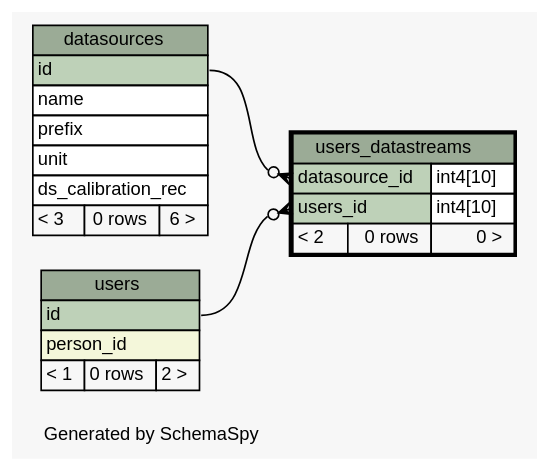
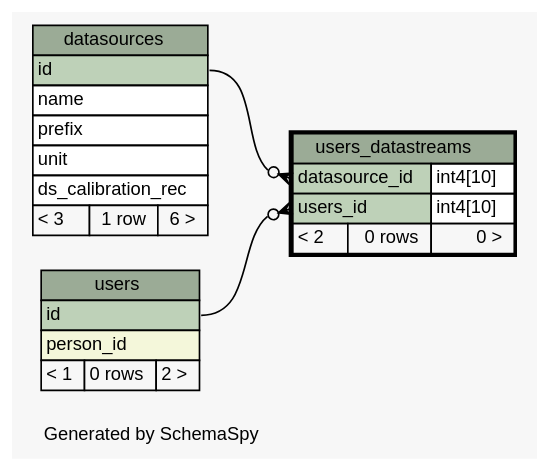
The diagram in database/ss/diagrams/users_datastreams.1degree.dot (tgbugs/mlab), drawn with Graphviz before and after one commit. The commit also changed 221 other files, not shown here.

```diff
--- a/database/ss/diagrams/users_datastreams.1degree.dot
+++ b/database/ss/diagrams/users_datastreams.1degree.dot
@@ -1,60 +1,60 @@
 // dot 2.32.0 on Windows 7 6.1
 // SchemaSpy rev 590
 digraph "oneDegreeRelationshipsDiagram" {
   graph [
     rankdir="RL"
     bgcolor="#f7f7f7"
     label="\nGenerated by SchemaSpy"
     labeljust="l"
     nodesep="0.18"
     ranksep="0.46"
     fontname="Helvetica"
     fontsize="11"
   ];
   node [
     fontname="Helvetica"
     fontsize="11"
     shape="plaintext"
   ];
   edge [
     arrowsize="0.8"
   ];
   "users_datastreams":"datasource_id":w -> "datasources":"id":e [arrowhead=none dir=back arrowtail=crowodot];
   "users_datastreams":"users_id":w -> "users":"id":e [arrowhead=none dir=back arrowtail=crowodot];
   "datasources" [
     label=<
     <TABLE BORDER="0" CELLBORDER="1" CELLSPACING="0" BGCOLOR="#ffffff">
       <TR><TD COLSPAN="3" BGCOLOR="#9bab96" ALIGN="CENTER">datasources</TD></TR>
       <TR><TD PORT="id" COLSPAN="3" BGCOLOR="#bed1b8" ALIGN="LEFT">id</TD></TR>
       <TR><TD PORT="name" COLSPAN="3" ALIGN="LEFT">name</TD></TR>
       <TR><TD PORT="prefix" COLSPAN="3" ALIGN="LEFT">prefix</TD></TR>
       <TR><TD PORT="unit" COLSPAN="3" ALIGN="LEFT">unit</TD></TR>
       <TR><TD PORT="ds_calibration_rec" COLSPAN="3" ALIGN="LEFT">ds_calibration_rec</TD></TR>
-      <TR><TD ALIGN="LEFT" BGCOLOR="#f7f7f7">&lt; 3</TD><TD ALIGN="RIGHT" BGCOLOR="#f7f7f7">0 rows</TD><TD ALIGN="RIGHT" BGCOLOR="#f7f7f7">6 &gt;</TD></TR>
+      <TR><TD ALIGN="LEFT" BGCOLOR="#f7f7f7">&lt; 3</TD><TD ALIGN="RIGHT" BGCOLOR="#f7f7f7">1 row</TD><TD ALIGN="RIGHT" BGCOLOR="#f7f7f7">6 &gt;</TD></TR>
     </TABLE>>
     URL="datasources.html"
     tooltip="datasources"
   ];
   "users" [
     label=<
     <TABLE BORDER="0" CELLBORDER="1" CELLSPACING="0" BGCOLOR="#ffffff">
       <TR><TD COLSPAN="3" BGCOLOR="#9bab96" ALIGN="CENTER">users</TD></TR>
       <TR><TD PORT="id" COLSPAN="3" BGCOLOR="#bed1b8" ALIGN="LEFT">id</TD></TR>
       <TR><TD PORT="person_id" COLSPAN="3" BGCOLOR="#f4f7da" ALIGN="LEFT">person_id</TD></TR>
       <TR><TD ALIGN="LEFT" BGCOLOR="#f7f7f7">&lt; 1</TD><TD ALIGN="RIGHT" BGCOLOR="#f7f7f7">0 rows</TD><TD ALIGN="RIGHT" BGCOLOR="#f7f7f7">2 &gt;</TD></TR>
     </TABLE>>
     URL="users.html"
     tooltip="users"
   ];
   "users_datastreams" [
     label=<
     <TABLE BORDER="2" CELLBORDER="1" CELLSPACING="0" BGCOLOR="#ffffff">
       <TR><TD COLSPAN="3" BGCOLOR="#9bab96" ALIGN="CENTER">users_datastreams</TD></TR>
       <TR><TD PORT="datasource_id" COLSPAN="2" BGCOLOR="#bed1b8" ALIGN="LEFT">datasource_id</TD><TD PORT="datasource_id.type" ALIGN="LEFT">int4[10]</TD></TR>
       <TR><TD PORT="users_id" COLSPAN="2" BGCOLOR="#bed1b8" ALIGN="LEFT">users_id</TD><TD PORT="users_id.type" ALIGN="LEFT">int4[10]</TD></TR>
       <TR><TD ALIGN="LEFT" BGCOLOR="#f7f7f7">&lt; 2</TD><TD ALIGN="RIGHT" BGCOLOR="#f7f7f7">0 rows</TD><TD ALIGN="RIGHT" BGCOLOR="#f7f7f7">0 &gt;</TD></TR>
     </TABLE>>
     URL="users_datastreams.html"
     tooltip="users_datastreams"
   ];
 }
```
